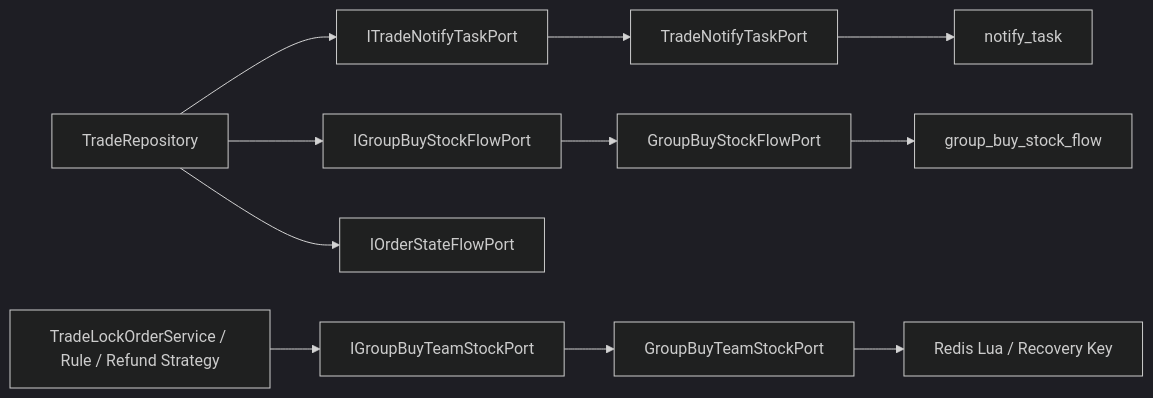
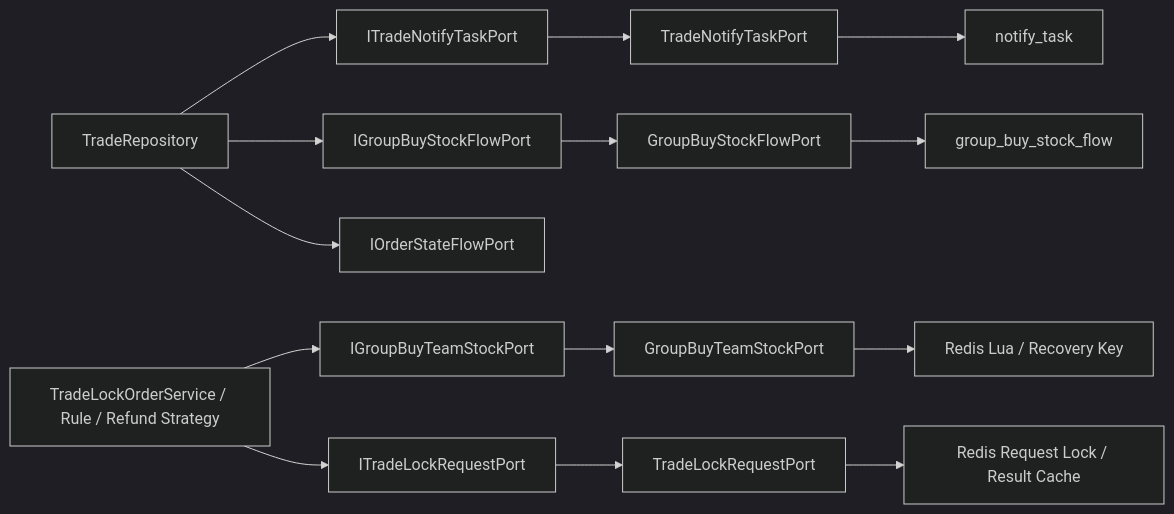
Before and after one commit to qsyy0921/my_ecommerce: the diagram in docs/sdd/2026-05-30-trade-repository-split.md, drawn with Mermaid (dark theme). The commit also changed other lines of this file and 11 other files, not shown here.

Commit message:
refactor: isolate trade lock request port

````diff
--- a/docs/sdd/2026-05-30-trade-repository-split.md
+++ b/docs/sdd/2026-05-30-trade-repository-split.md
@@ -22,13 +23,16 @@
 ```mermaid
 flowchart LR
     A["TradeRepository"] --> B["ITradeNotifyTaskPort"]
     A --> C["IGroupBuyStockFlowPort"]
     A --> D["IOrderStateFlowPort"]
     I["TradeLockOrderService / Rule / Refund Strategy"] --> J["IGroupBuyTeamStockPort"]
+    I --> M["ITradeLockRequestPort"]
     B --> E["TradeNotifyTaskPort"]
     C --> F["GroupBuyStockFlowPort"]
     J --> K["GroupBuyTeamStockPort"]
+    M --> N["TradeLockRequestPort"]
     E --> G["notify_task"]
     F --> H["group_buy_stock_flow"]
     K --> L["Redis Lua / Recovery Key"]
+    N --> O["Redis Request Lock / Result Cache"]
 ```
````
